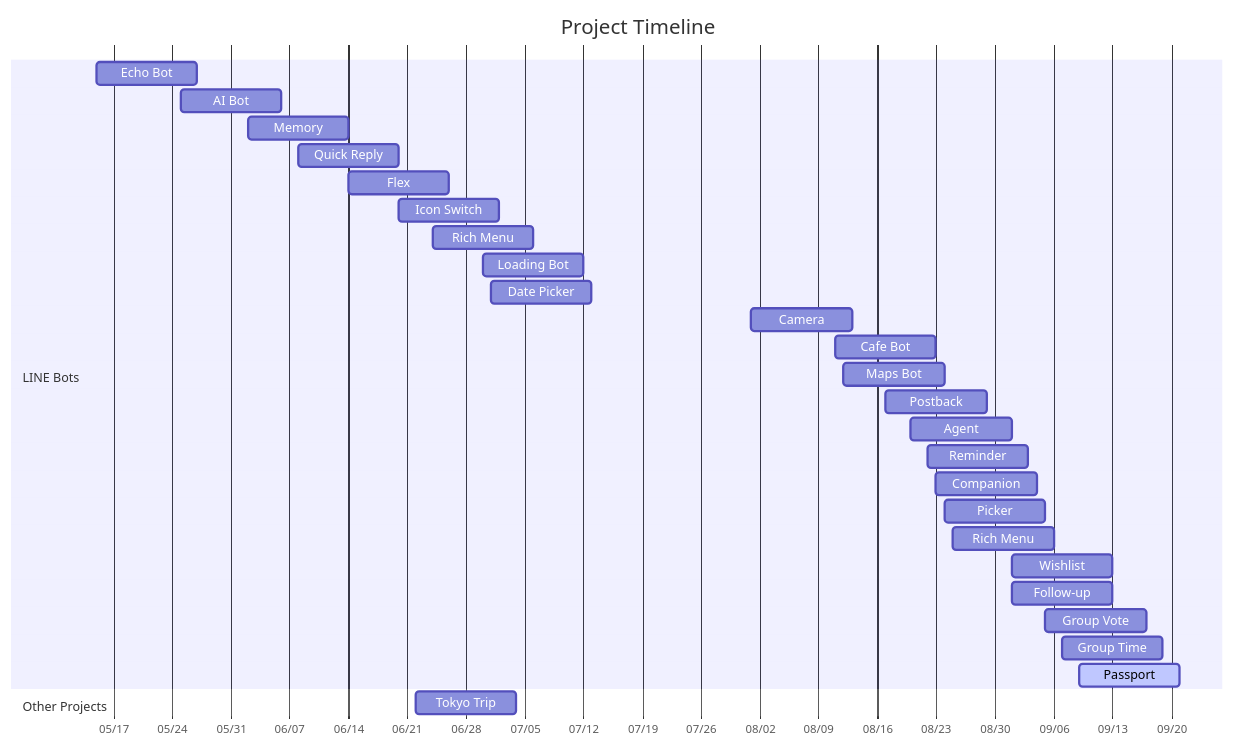
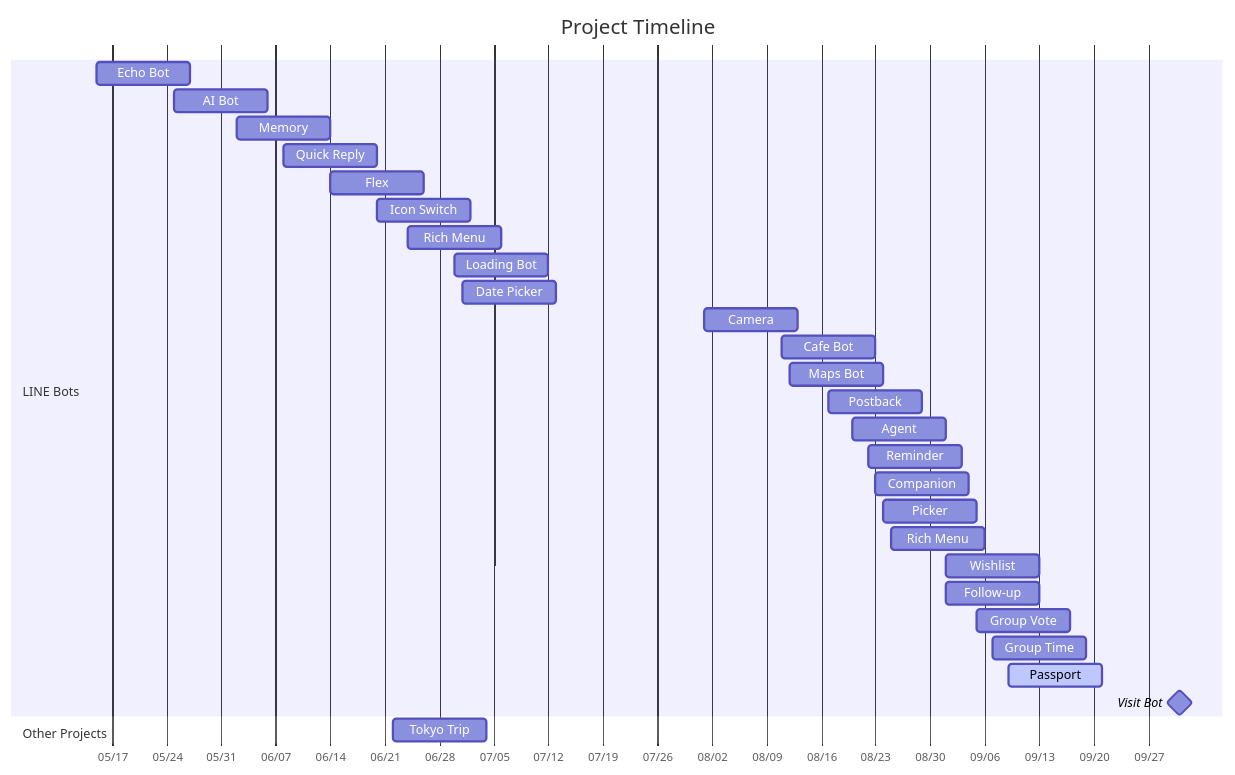
The diagram in README.md (zonawang/zona-ai-learning-lab), drawn with Mermaid before and after one commit. The commit also changed other lines of this file, not shown here.

Commit message:
docs: add LINE Visit Bot to learning lab

````diff
--- a/README.md
+++ b/README.md
@@ -16,34 +16,35 @@
 ```mermaid
 gantt
     title Project Timeline
     dateFormat YYYY-MM-DD
     axisFormat %m/%d
 
     section LINE Bots
     Echo Bot      :p1, 2026-05-15, 12d
     AI Bot        :p2, 2026-05-25, 12d
     Memory        :p3, 2026-06-02, 12d
     Quick Reply   :p4, 2026-06-08, 12d
     Flex          :p5, 2026-06-14, 12d
     Icon Switch   :p6, 2026-06-20, 12d
     Rich Menu     :p8, 2026-06-24, 12d
     Loading Bot   :p9, 2026-06-30, 12d
     Date Picker   :p10, 2026-07-01, 12d
     Camera        :p11, 2026-08-01, 12d
     Cafe Bot      :p12, 2026-08-11, 12d
     Maps Bot      :p13, 2026-08-12, 12d
     Postback      :p14, 2026-08-17, 12d
     Agent         :p15, 2026-08-20, 12d
     Reminder      :p16, 2026-08-22, 12d
     Companion     :p17, 2026-08-23, 12d
     Picker        :p18, 2026-08-24, 12d
     Rich Menu     :p19, 2026-08-25, 12d
     Wishlist      :p20, 2026-09-01, 12d
     Follow-up     :p21, 2026-09-01, 12d
     Group Vote    :p22, 2026-09-05, 12d
     Group Time    :p23, 2026-09-07, 12d
     Passport      :active, p24, 2026-09-09, 12d
+    Visit Bot     :milestone, p25, 2026-10-01, 0d
 
     section Other Projects
     Tokyo Trip    :p7, 2026-06-22, 12d
 ```
````
